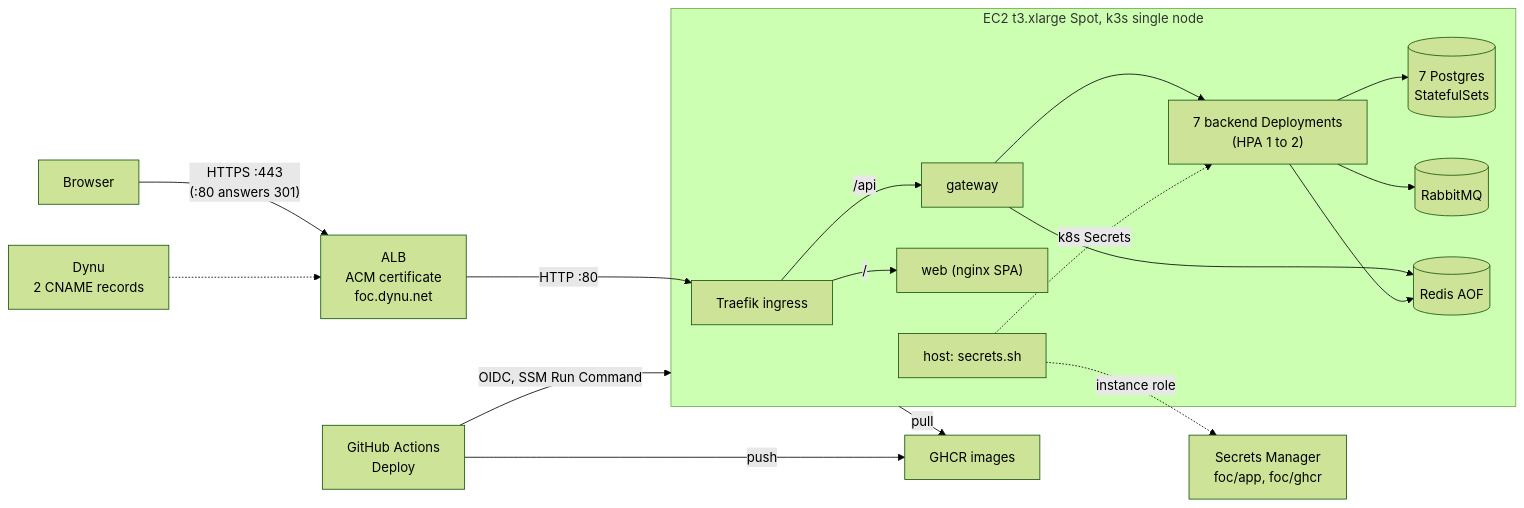
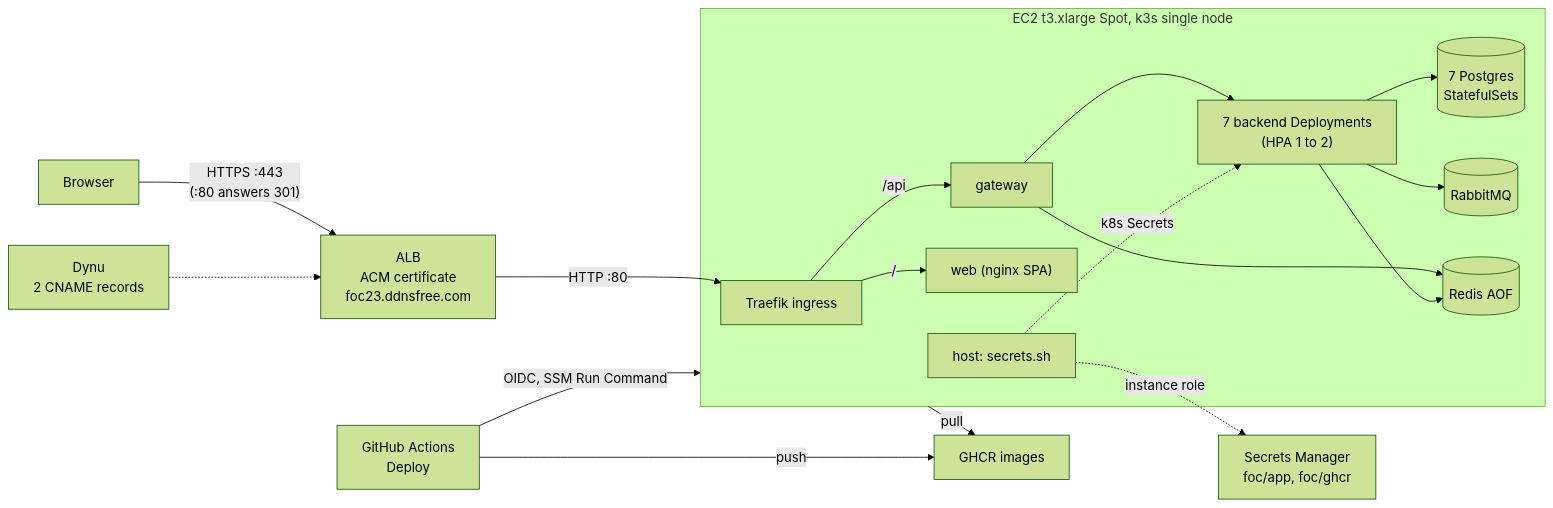
One commit to AY2627S1-CS3219-P23/foc changed the diagram in docs/deployment.md. Above: the diagram before and after it, drawn with Mermaid (forest theme). The commit also changed other lines of this file and 4 other files, not shown here.

First line of the commit message:
fix(infra): hostname is foc23.ddnsfree.com (#48, DP18)

````diff
--- a/docs/deployment.md
+++ b/docs/deployment.md
@@ -38,20 +38,20 @@
 ```mermaid
 flowchart LR
-  browser["Browser"] -->|"HTTPS :443<br/>(:80 answers 301)"| alb["ALB<br/>ACM certificate<br/>foc.dynu.net"]
+  browser["Browser"] -->|"HTTPS :443<br/>(:80 answers 301)"| alb["ALB<br/>ACM certificate<br/>foc23.ddnsfree.com"]
   dns["Dynu<br/>2 CNAME records"] -.-> alb
   alb -->|"HTTP :80"| traefik
   subgraph ec2["EC2 t3.xlarge Spot, k3s single node"]
     traefik["Traefik ingress"] -->|"/api"| gateway
     traefik -->|"/"| web["web (nginx SPA)"]
     gateway --> svc["7 backend Deployments<br/>(HPA 1 to 2)"]
     svc --> pg[("7 Postgres<br/>StatefulSets")]
     svc --> mq[("RabbitMQ")]
     gateway --> redis[("Redis AOF")]
     svc --> redis
     host["host: secrets.sh"] -.->|"k8s Secrets"| svc
   end
   host -.->|"instance role"| sm["Secrets Manager<br/>foc/app, foc/ghcr"]
   gha["GitHub Actions<br/>Deploy"] -->|"push"| ghcr["GHCR images"]
   gha -->|"OIDC, SSM Run Command"| ec2
   ec2 -->|"pull"| ghcr
 ```
````
